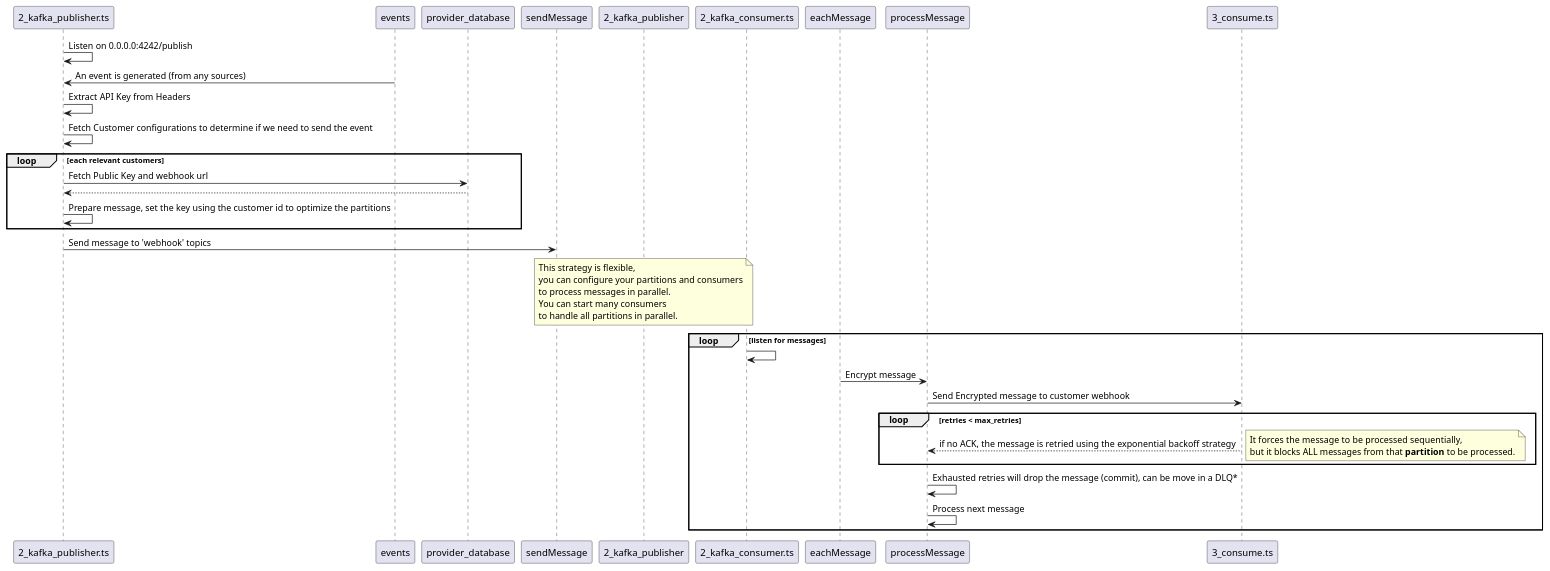
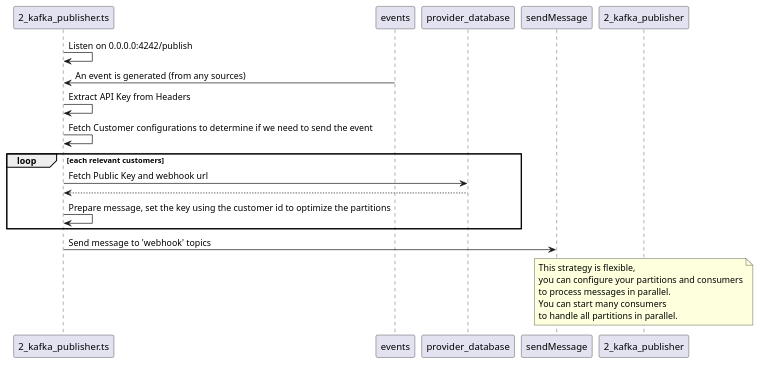
Before and after one commit to ronixa/webhook: the fourth of 5 diagrams in README.md, drawn with PlantUML. The commit also changed other lines of this file and 5 other files, not shown here.

````diff
--- a/README.md
+++ b/README.md
@@ -191,39 +205,23 @@
 ```plantuml
 @startuml
 2_kafka_publisher.ts -> 2_kafka_publisher.ts: Listen on 0.0.0.0:4242/publish
 events -> 2_kafka_publisher.ts: An event is generated (from any sources)
 
 2_kafka_publisher.ts -> 2_kafka_publisher.ts: Extract API Key from Headers
 2_kafka_publisher.ts -> 2_kafka_publisher.ts: Fetch Customer configurations to determine if we need to send the event
 loop each relevant customers
   2_kafka_publisher.ts -> provider_database: Fetch Public Key and webhook url
   2_kafka_publisher.ts <-- provider_database
   2_kafka_publisher.ts -> 2_kafka_publisher.ts: Prepare message, set the key using the customer id to optimize the partitions
 end
 2_kafka_publisher.ts -> sendMessage: Send message to 'webhook' topics
 
 note over 2_kafka_publisher
   This strategy is flexible,
   you can configure your partitions and consumers
   to process messages in parallel.
   You can start many consumers
   to handle all partitions in parallel.
 end note
-
-loop listen for messages
-  2_kafka_consumer.ts -> 2_kafka_consumer.ts
-  eachMessage -> processMessage: Encrypt message
-  processMessage -> 3_consume.ts: Send Encrypted message to customer webhook
-  loop retries < max_retries
-    processMessage <-- 3_consume.ts: if no ACK, the message is retried using the exponential backoff strategy
-    note right
-      It forces the message to be processed sequentially,
-      but it blocks ALL messages from that **partition** to be processed.
-    end note
-  end
-  processMessage -> processMessage: Exhausted retries will drop the message (commit), can be move in a DLQ*
-
-  processMessage -> processMessage: Process next message
-end
 @enduml
 ```
````
